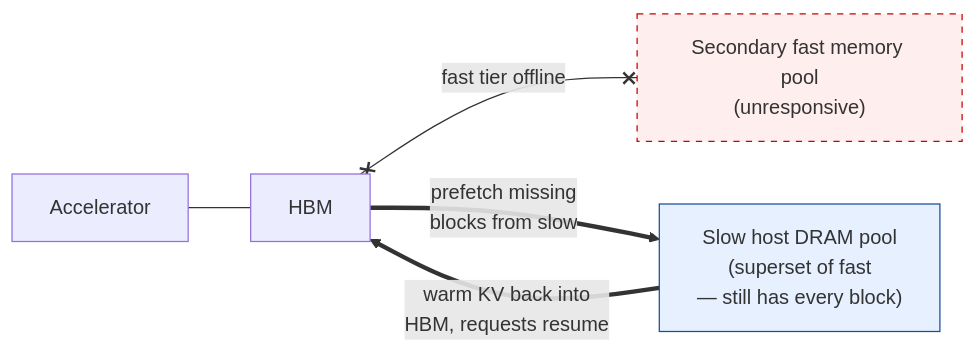
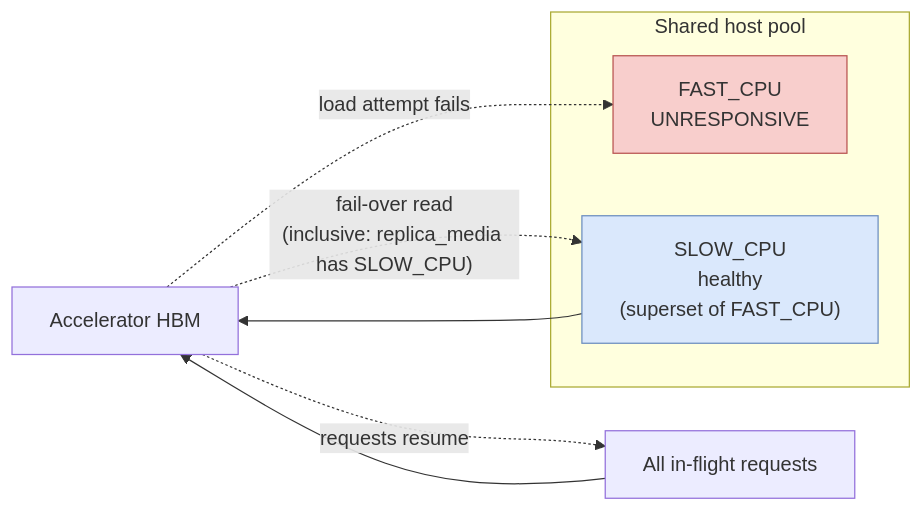
The diagram in docs/design/rfcs/imgs/mmd/resilience-prefetch-hierarchical.mmd (wangchen615/vllm), drawn with Mermaid before and after one commit. The commit also changed 9 other files, not shown here.

First line of the commit message:
docs(rfc): update Mermaid diagrams for OffloadingConnector architecture

```diff
--- a/docs/design/rfcs/imgs/mmd/resilience-prefetch-hierarchical.mmd
+++ b/docs/design/rfcs/imgs/mmd/resilience-prefetch-hierarchical.mmd
@@ -1,18 +1,22 @@
-%% Resilience scenario 3 (inclusive hierarchical): when the secondary
-%% fast memory pool fails, the slow host DRAM pool is a SUPERSET, so
-%% every block that was in fast also exists in slow. Recovery is a
-%% prefetch from slow → HBM. No re-prefill needed.
+%% Scenario C (resiliency RFC): under inclusive mode, SLOW_CPU is a superset of FAST_CPU.
+%% When FAST_CPU fails, every block can be served from SLOW_CPU — no re-prefill.
+%% See docs/design/rfcs/secondary-memory-resiliency.md §Use case 1
 flowchart LR
-    Acc["Accelerator"]
-    HBM["HBM"]
-    Acc --- HBM
+    HBM["Accelerator HBM"]
 
-    SecMem["Secondary fast memory pool<br/>(unresponsive)"]:::dead
-    Slow["Slow host DRAM pool<br/>(superset of fast<br/>— still has every block)"]:::ok
+    subgraph Pool["Shared host pool"]
+        Fast["FAST_CPU<br/>UNRESPONSIVE"]:::failed
+        Slow["SLOW_CPU<br/>healthy<br/>(superset of FAST_CPU)"]:::slow
+    end
 
-    HBM x--x|fast tier offline| SecMem
-    HBM ==>|"prefetch missing<br/>blocks from slow"| Slow
-    Slow ==>|"warm KV back into<br/>HBM, requests resume"| HBM
+    Req["All in-flight requests"]
 
-    classDef dead fill:#fee,stroke:#c00,stroke-dasharray:5 5
-    classDef ok fill:#e6f0ff,stroke:#1a4d99
+    Req --> HBM
+    HBM -. "load attempt fails" .-> Fast
+    HBM -. "fail-over read<br/>(inclusive: replica_media has SLOW_CPU)" .-> Slow
+    Slow --> HBM
+
+    HBM -.->|"requests resume"| Req
+
+    classDef failed fill:#f8cecc,stroke:#b85450
+    classDef slow fill:#dae8fc,stroke:#6c8ebf
```
